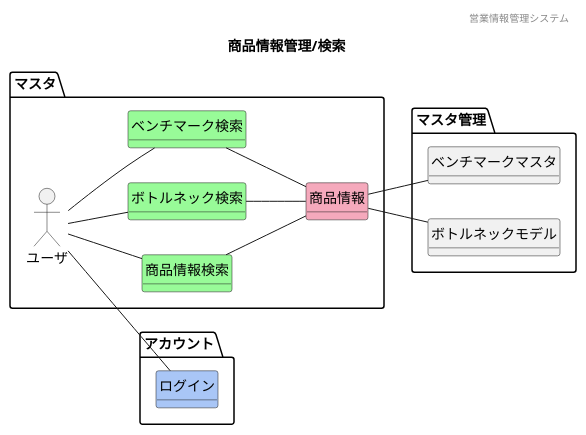
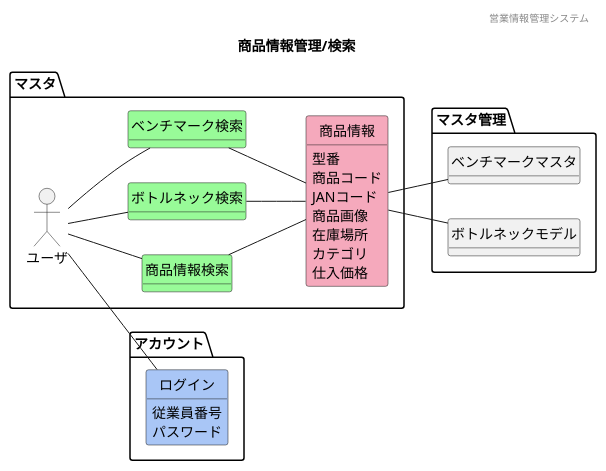
Before and after one commit to HaruShim/Sotuken: the diagram in 各種設計書/1ドメインモデル図/商品情報管理/F08検索.plantuml, drawn with PlantUML. The commit also changed 13 other files, not shown here.

```diff
--- a/各種設計書/1ドメインモデル図/商品情報管理/F08検索.plantuml
+++ b/各種設計書/1ドメインモデル図/商品情報管理/F08検索.plantuml
@@ -1,41 +1,51 @@
 @startuml images/商品情報管理/検索
 ' ヘッダー
 header 営業情報管理システム
 ' タイトル
 title 商品情報管理/検索
 ' 
 hide circle
 ' 
 hide method
 left to right direction
 
 package "アカウント"{
     class "ログイン" #A9C6F6
 }
 package "マスタ"{
 'ユーザや外部システム
     mix_actor "ユーザ"
     class "商品情報検索" #98fb98
     class "ボトルネック検索" #98fb98
     class "ベンチマーク検索" #98fb98
     class "商品情報" #F5A9BC
 }
     package "マスタ管理"{
         class "ベンチマークマスタ"
         class "ボトルネックモデル"
         }
     ' class "" #F5A9BC
     ' class "" #ffd700
 
-'モデル同士の関係
+    'モデル同士の関係
     ユーザ -- 商品情報検索
     ユーザ -- ボトルネック検索
     ユーザ -- ベンチマーク検索
     ユーザ -- ログイン
     商品情報検索 -- 商品情報
     ボトルネック検索 -- 商品情報
     ベンチマーク検索 -- 商品情報
     商品情報 -- ボトルネックモデル
     商品情報 -- ベンチマークマスタ
-    
+
+    'ドメインクラスの属性
+    商品情報 : 型番
+    商品情報 : 商品コード
+    商品情報 : JANコード
+    商品情報 : 商品画像
+    商品情報 : 在庫場所
+    商品情報 : カテゴリ
+    商品情報 : 仕入価格
+    ログイン : 従業員番号
+    ログイン : パスワード
 @enduml
```
